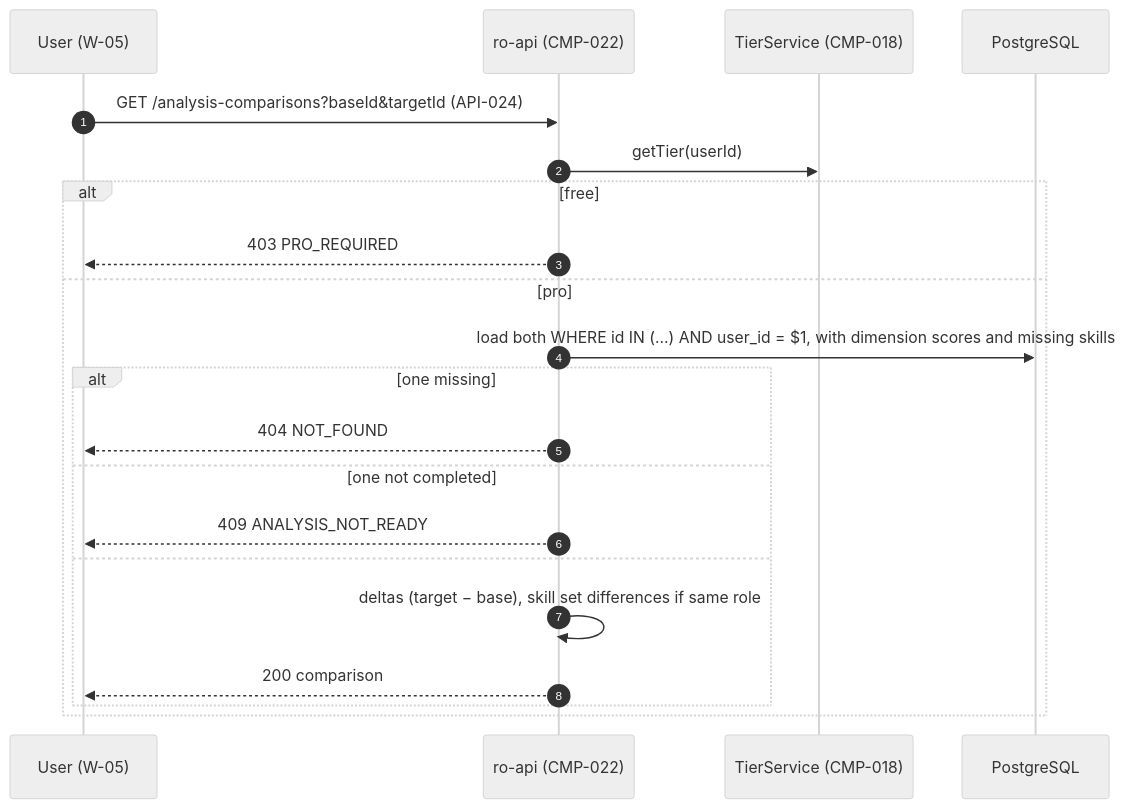
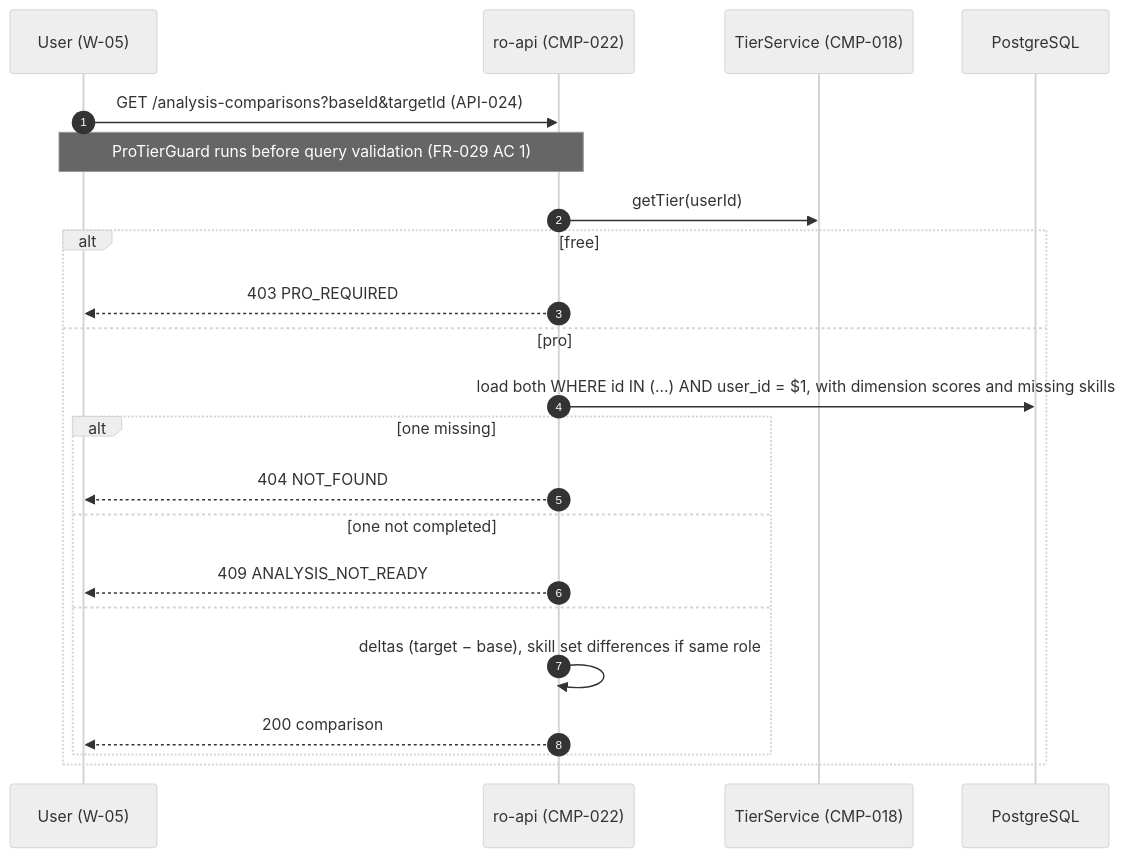
One commit to divii-school/spec-homework changed diagram 12 of 13 in kakali/spec.md. Above: the diagram before and after it, drawn with Mermaid (neutral theme). The commit also changed other lines of this file, not shown here.

First line of the commit message:
round 2: fix review findings in Resume Pro change (v2.1)

````diff
--- a/kakali/spec.md
+++ b/kakali/spec.md
@@ -955,23 +956,24 @@
 ```mermaid
 sequenceDiagram
   autonumber
   participant U as User (W-05)
   participant A as ro-api (CMP-022)
   participant T as TierService (CMP-018)
   participant DB as PostgreSQL
   U->>A: GET /analysis-comparisons?baseId&targetId (API-024)
+  Note over U,A: ProTierGuard runs before query validation (FR-029 AC 1)
   A->>T: getTier(userId)
   alt free
     A-->>U: 403 PRO_REQUIRED
   else pro
     A->>DB: load both WHERE id IN (…) AND user_id = $1, with dimension scores and missing skills
     alt one missing
       A-->>U: 404 NOT_FOUND
     else one not completed
       A-->>U: 409 ANALYSIS_NOT_READY
     else
       A->>A: deltas (target − base), skill set differences if same role
       A-->>U: 200 comparison
     end
   end
 ```
````
